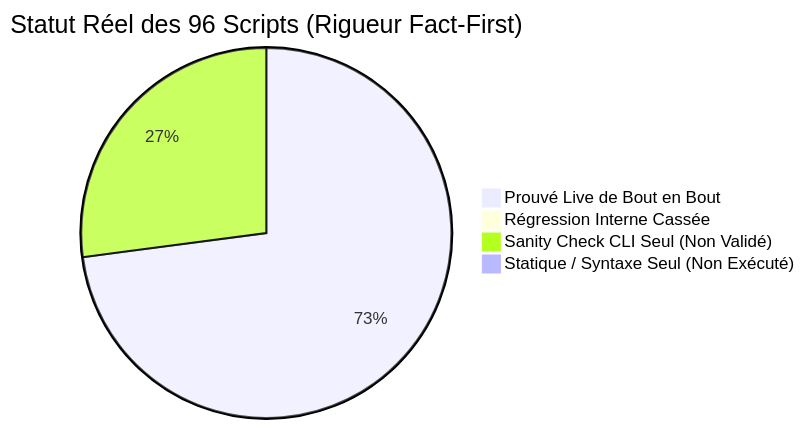
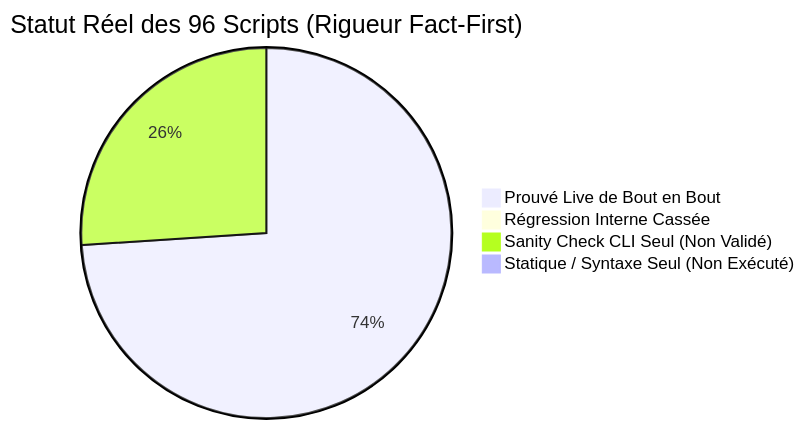
One commit to yoyonel/pydbsrt changed the diagram in docs/reference/2026-11-10-audit-exhaustif-scripts-regressions.md. Above: the diagram before and after it, drawn with Mermaid. The commit also changed other lines of this file and 2 other files, not shown here.

First line of the commit message:
fix(benchmarks): dynamic root, absolute targets and cli check mode in eval multi offset matching (#69)

````diff
--- a/docs/reference/2026-11-10-audit-exhaustif-scripts-regressions.md
+++ b/docs/reference/2026-11-10-audit-exhaustif-scripts-regressions.md
@@ -16,7 +16,7 @@
 ```mermaid
 pie title Statut Réel des 96 Scripts (Rigueur Fact-First)
-    "Prouvé Live de Bout en Bout" : 70
+    "Prouvé Live de Bout en Bout" : 71
     "Régression Interne Cassée" : 0
-    "Sanity Check CLI Seul (Non Validé)" : 26
+    "Sanity Check CLI Seul (Non Validé)" : 25
     "Statique / Syntaxe Seul (Non Exécuté)" : 0
 ```
````
